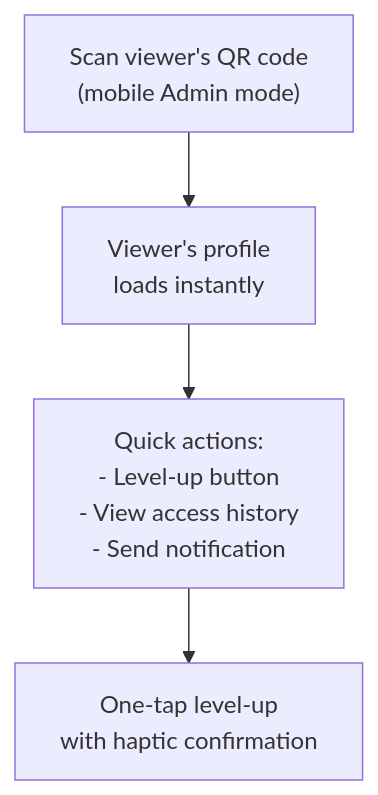
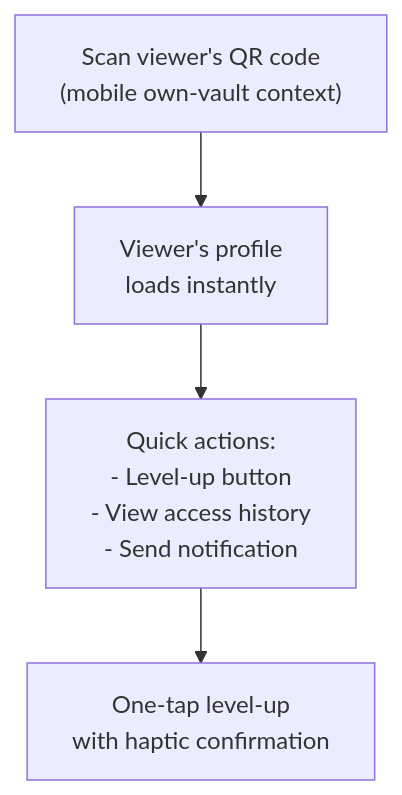
The fourth of 4 diagrams in docs/bkc/user-trust-controller.md (kackey621/Bokunokoto), drawn with Mermaid before and after one commit. The commit also changed other lines of this file and 172 other files, not shown here.

````diff
--- a/docs/bkc/user-trust-controller.md
+++ b/docs/bkc/user-trust-controller.md
@@ -183,6 +183,6 @@
 ```mermaid
 flowchart TD
-    A["Scan viewer's QR code<br/>(mobile Admin mode)"] --> B["Viewer's profile<br/>loads instantly"]
+    A["Scan viewer's QR code<br/>(mobile own-vault context)"] --> B["Viewer's profile<br/>loads instantly"]
     B --> C["Quick actions:<br/>- Level-up button<br/>- View access history<br/>- Send notification"]
     C --> D["One-tap level-up<br/>with haptic confirmation"]
 ```
````
